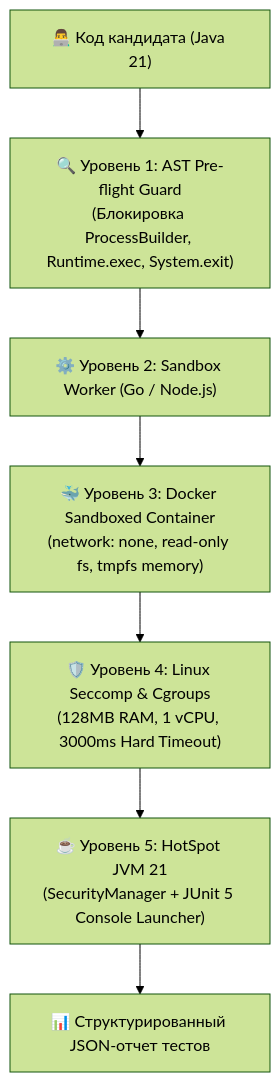
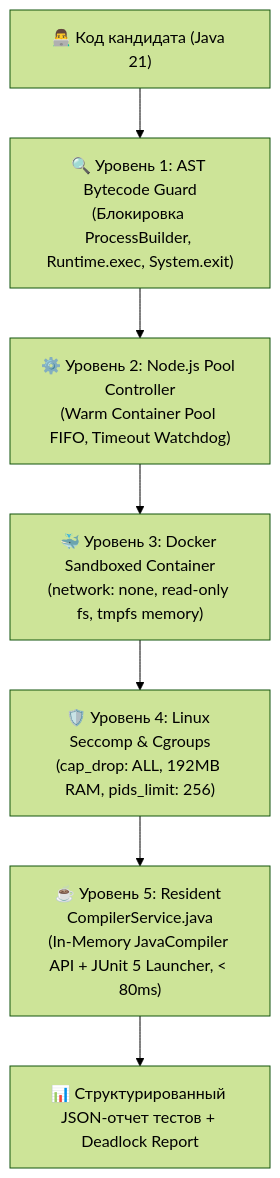
Before and after one commit to iliaIz/interview_tutor: the diagram in docs/roadmap/phase_05_isolated_jvm_execution_sandbox.md, drawn with Mermaid (forest theme). The commit also changed other lines of this file and 6 other files, not shown here.

Commit message:
docs(roadmap): synthesize Deep Research into master report and update Phase 4 and 5 specs

````diff
--- a/docs/roadmap/phase_05_isolated_jvm_execution_sandbox.md
+++ b/docs/roadmap/phase_05_isolated_jvm_execution_sandbox.md
@@ -23,9 +21,9 @@
 ```mermaid
 flowchart TD
-    UserCode["👨‍💻 Код кандидата (Java 21)"] --> Preflight["🔍 Уровень 1: AST Pre-flight Guard\n(Блокировка ProcessBuilder, Runtime.exec, System.exit)"]
-    Preflight --> Runner["⚙️ Уровень 2: Sandbox Worker (Go / Node.js)"]
-    Runner --> Container["🐳 Уровень 3: Docker Sandboxed Container\n(network: none, read-only fs, tmpfs memory)"]
-    Container --> Seccomp["🛡️ Уровень 4: Linux Seccomp & Cgroups\n(128MB RAM, 1 vCPU, 3000ms Hard Timeout)"]
-    Seccomp --> JVM["☕ Уровень 5: HotSpot JVM 21\n(SecurityManager + JUnit 5 Console Launcher)"]
-    JVM --> Output["📊 Структурированный JSON-отчет тестов"]
+    UserCode["👨‍💻 Код кандидата (Java 21)"] --> Preflight["🔍 Уровень 1: AST Bytecode Guard\n(Блокировка ProcessBuilder, Runtime.exec, System.exit)"]
+    Preflight --> Controller["⚙️ Уровень 2: Node.js Pool Controller\n(Warm Container Pool FIFO, Timeout Watchdog)"]
+    Controller --> Container["🐳 Уровень 3: Docker Sandboxed Container\n(network: none, read-only fs, tmpfs memory)"]
+    Container --> Seccomp["🛡️ Уровень 4: Linux Seccomp & Cgroups\n(cap_drop: ALL, 192MB RAM, pids_limit: 256)"]
+    Seccomp --> JVM["☕ Уровень 5: Resident CompilerService.java\n(In-Memory JavaCompiler API + JUnit 5 Launcher, < 80ms)"]
+    JVM --> Output["📊 Структурированный JSON-отчет тестов + Deadlock Report"]
 ```
````
